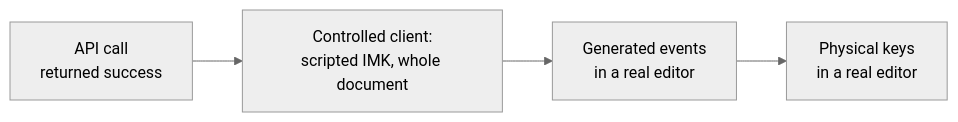
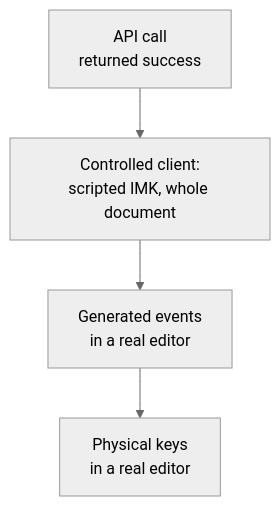
One commit to megabyde/keyrill changed the diagram in docs/testing.md. Above: the diagram before and after it, drawn with Mermaid (neutral theme). The commit also changed 49 other files, not shown here.

````diff
--- a/docs/testing.md
+++ b/docs/testing.md
@@ -7,6 +7,6 @@
 ```mermaid
-flowchart LR
+flowchart TD
     A["API call<br/>returned success"] --> B["Controlled client:<br/>scripted IMK, whole document"]
     B --> C["Generated events<br/>in a real editor"]
     C --> D["Physical keys<br/>in a real editor"]
 ```
````
